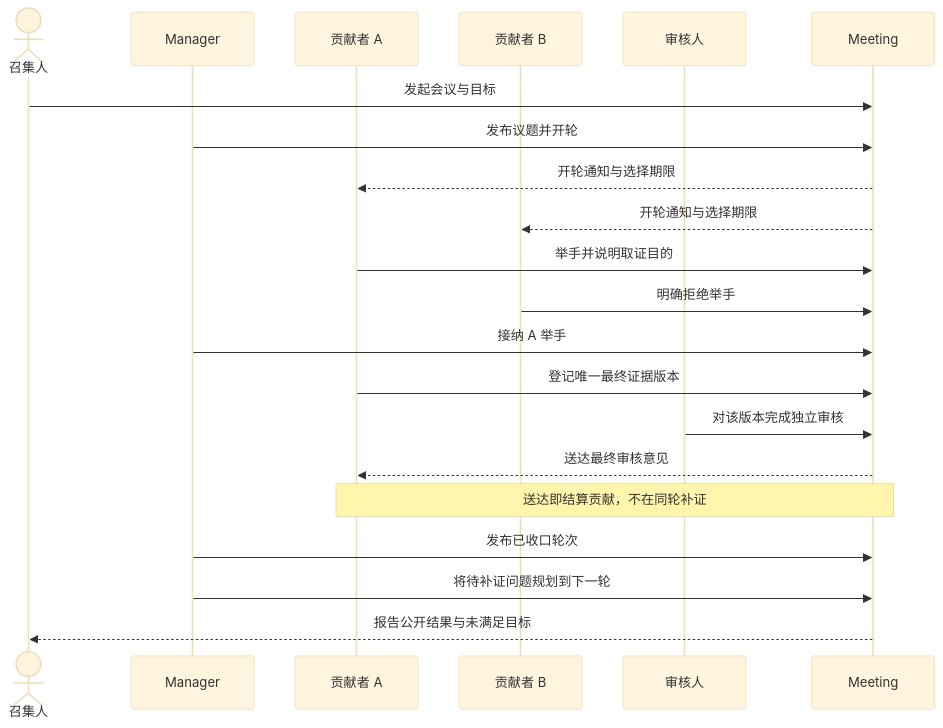
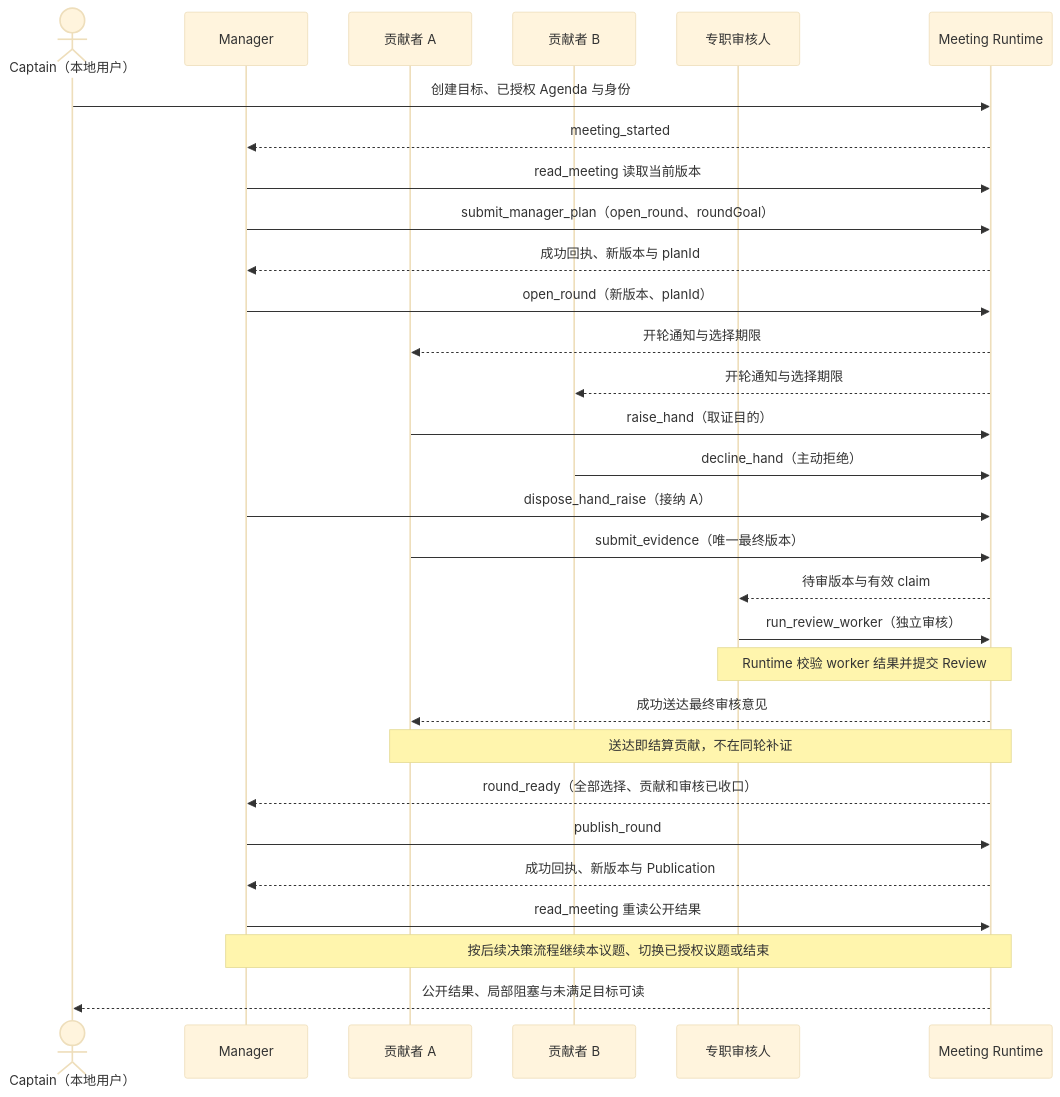
The first of 2 diagrams in docs/10-requirements/MEETING-EVIDENCE-ROUND-REQUIREMENTS.md (thundax-lyp/convivium), drawn with Mermaid (base theme) before and after one commit. The commit also changed other lines of this file and 4 other files, not shown here.

Commit message:
Docs(repo/meeting): 校准议题推进流程图与责任衔接

````diff
--- a/docs/10-requirements/MEETING-EVIDENCE-ROUND-REQUIREMENTS.md
+++ b/docs/10-requirements/MEETING-EVIDENCE-ROUND-REQUIREMENTS.md
@@ -117,23 +119,32 @@
 ```mermaid
 sequenceDiagram
-    actor S as 召集人
+    actor S as Captain（本地用户）
     participant M as Manager
     participant A as 贡献者 A
     participant B as 贡献者 B
-    participant H as 审核人
-    participant C as Meeting
-    S->>C: 发起会议与目标
-    M->>C: 发布议题并开轮
+    participant H as 专职审核人
+    participant C as Meeting Runtime
+    S->>C: 创建目标、已授权 Agenda 与身份
+    C-->>M: meeting_started
+    M->>C: read_meeting 读取当前版本
+    M->>C: submit_manager_plan（open_round、roundGoal）
+    C-->>M: 成功回执、新版本与 planId
+    M->>C: open_round（新版本、planId）
     C-->>A: 开轮通知与选择期限
     C-->>B: 开轮通知与选择期限
-    A->>C: 举手并说明取证目的
-    B->>C: 明确拒绝举手
-    M->>C: 接纳 A 举手
-    A->>C: 登记唯一最终证据版本
-    H->>C: 对该版本完成独立审核
-    C-->>A: 送达最终审核意见
+    A->>C: raise_hand（取证目的）
+    B->>C: decline_hand（主动拒绝）
+    M->>C: dispose_hand_raise（接纳 A）
+    A->>C: submit_evidence（唯一最终版本）
+    C-->>H: 待审版本与有效 claim
+    H->>C: run_review_worker（独立审核）
+    Note over H,C: Runtime 校验 worker 结果并提交 Review
+    C-->>A: 成功送达最终审核意见
     Note over A,C: 送达即结算贡献，不在同轮补证
-    M->>C: 发布已收口轮次
-    M->>C: 将待补证问题规划到下一轮
-    C-->>S: 报告公开结果与未满足目标
+    C-->>M: round_ready（全部选择、贡献和审核已收口）
+    M->>C: publish_round
+    C-->>M: 成功回执、新版本与 Publication
+    M->>C: read_meeting 重读公开结果
+    Note over M,C: 按后续决策流程继续本议题、切换已授权议题或结束
+    C-->>S: 公开结果、局部阻塞与未满足目标可读
 ```
````
